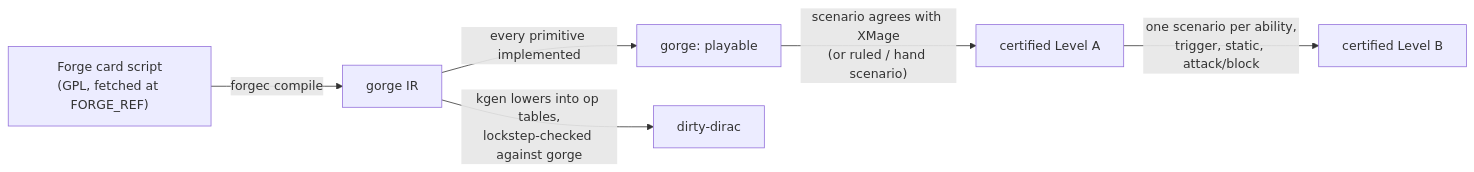
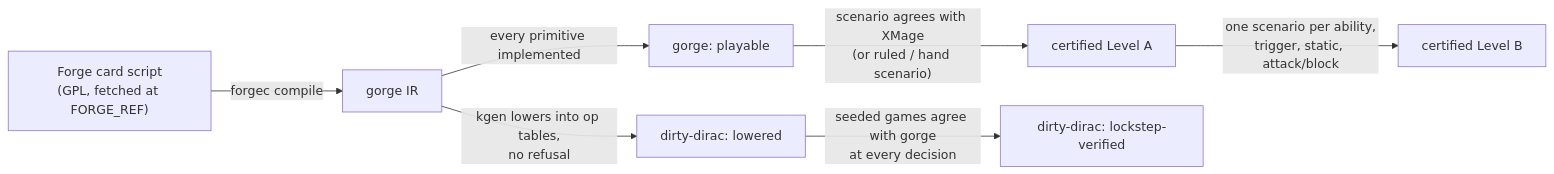
The diagram in docs/site/support/sets.md (adams-shaun/gorge), drawn with Mermaid before and after one commit. The commit also changed other lines of this file and 6 other files, not shown here.

````diff
--- a/docs/site/support/sets.md
+++ b/docs/site/support/sets.md
@@ -83,8 +45,9 @@
 ```mermaid
 flowchart LR
   F["Forge card script<br/>(GPL, fetched at FORGE_REF)"] -->|forgec compile| IR["gorge IR"]
   IR -->|every primitive implemented| P["gorge: playable"]
   P -->|"scenario agrees with XMage<br/>(or ruled / hand scenario)"| A["certified Level A"]
   A -->|"one scenario per ability,<br/>trigger, static, attack/block"| B["certified Level B"]
-  IR -->|"kgen lowers into op tables,<br/>lockstep-checked against gorge"| K["dirty-dirac"]
+  IR -->|"kgen lowers into op tables,<br/>no refusal"| K["dirty-dirac: lowered"]
+  K -->|"seeded games agree with gorge<br/>at every decision"| L["dirty-dirac: lockstep-verified"]
 ```
````
